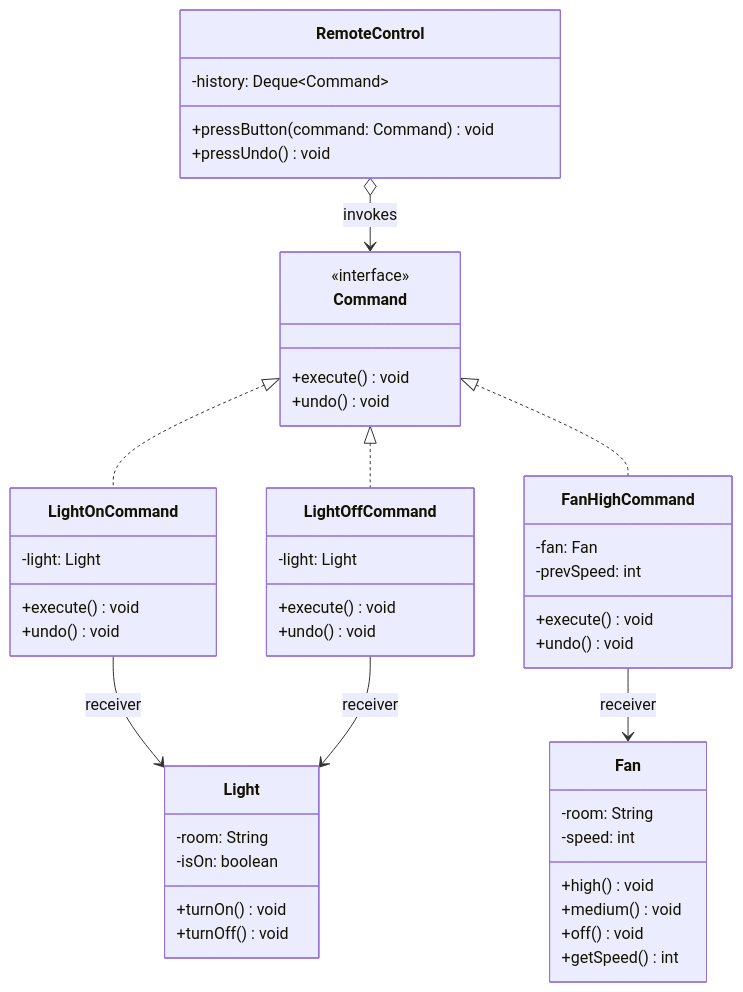
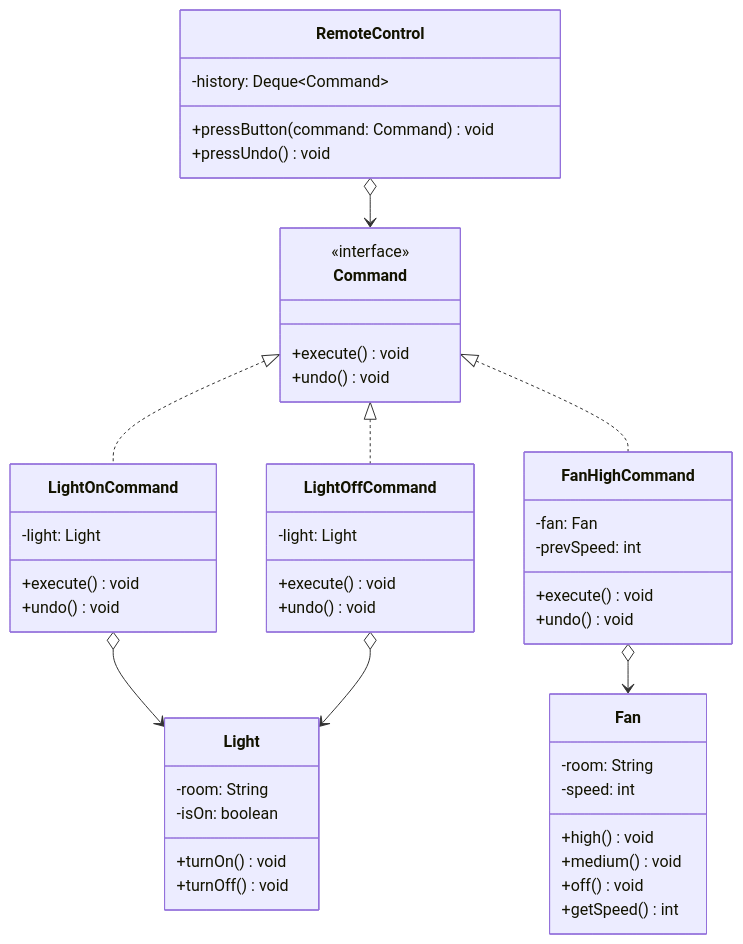
One commit to kubrck/LLD changed the diagram in src/command/README.md. Above: the diagram before and after it, drawn with Mermaid. The commit also changed 10 other files, not shown here.

Commit message:
docs(uml): simplify all diagrams to only is-a and has-a relationships

````diff
--- a/src/command/README.md
+++ b/src/command/README.md
@@ -7,57 +7,57 @@
 ```mermaid
 classDiagram
     class Command {
         <<interface>>
         +execute() void
         +undo() void
     }
 
     class LightOnCommand {
         -light: Light
         +execute() void
         +undo() void
     }
 
     class LightOffCommand {
         -light: Light
         +execute() void
         +undo() void
     }
 
     class FanHighCommand {
         -fan: Fan
         -prevSpeed: int
         +execute() void
         +undo() void
     }
 
     class Light {
         -room: String
         -isOn: boolean
         +turnOn() void
         +turnOff() void
     }
 
     class Fan {
         -room: String
         -speed: int
         +high() void
         +medium() void
         +off() void
         +getSpeed() int
     }
 
     class RemoteControl {
         -history: Deque~Command~
         +pressButton(command: Command) void
         +pressUndo() void
     }
 
     Command <|.. LightOnCommand
     Command <|.. LightOffCommand
     Command <|.. FanHighCommand
-    LightOnCommand --> Light : receiver
-    LightOffCommand --> Light : receiver
-    FanHighCommand --> Fan : receiver
-    RemoteControl o--> Command : invokes
+    LightOnCommand o--> Light
+    LightOffCommand o--> Light
+    FanHighCommand o--> Fan
+    RemoteControl o--> Command
 ```
````
